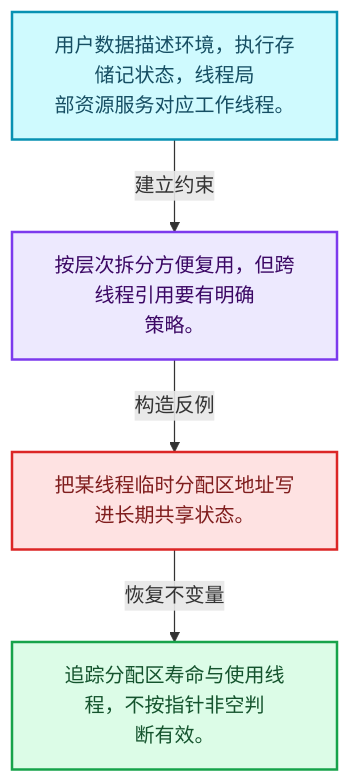
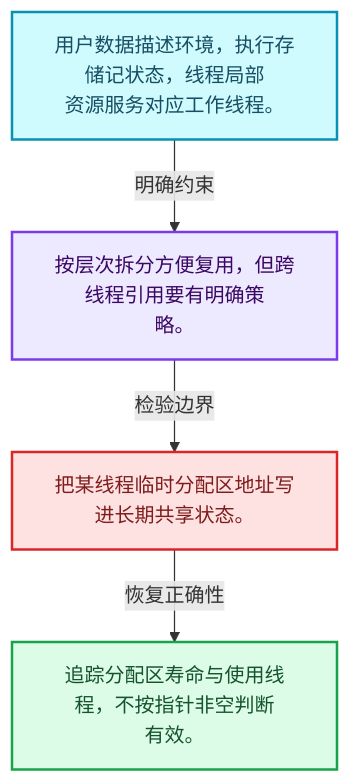
One commit to yunkezengren/blender-.vscode changed the first of 4 diagrams in 杂/markdown/全面学习-codex/09-LazyFunction与节点执行架构/04-Context与执行状态.md. Above: the diagram before and after it, drawn with Mermaid. The commit also changed other lines of this file and 1930 other files, not shown here.

````diff
--- a/杂/markdown/全面学习-codex/09-LazyFunction与节点执行架构/04-Context与执行状态.md
+++ b/杂/markdown/全面学习-codex/09-LazyFunction与节点执行架构/04-Context与执行状态.md
@@ -29,16 +29,16 @@
 ```mermaid
 flowchart TB
-  M["用户数据描述环境，执行存储记状态，线程局<br/>部资源服务对应工作线程。"]:::data
-  T["按层次拆分方便复用，但跨线程引用要有明确<br/>策略。"]:::abstraction
-  X["把某线程临时分配区地址写进长期共享状态。"]:::error
-  A["追踪分配区寿命与使用线程，不按指针非空判<br/>断有效。"]:::result
-  M -->|"建立约束"| T
-  T -->|"构造反例"| X
-  X -->|"恢复不变量"| A
+  M["用户数据描述环境，执行存储记状态，线程局部<br/>资源服务对应工作线程。"]:::data
+  C["按层次拆分方便复用，但跨线程引用要有明确策<br/>略。"]:::abstraction
+  B["把某线程临时分配区地址写进长期共享状态。"]:::error
+  R["追踪分配区寿命与使用线程，不按指针非空判断<br/>有效。"]:::result
+  M -->|"明确约束"| C
+  C -->|"检验边界"| B
+  B -->|"恢复正确性"| R
   classDef input fill:#DBEAFE,stroke:#2563EB,color:#172554,stroke-width:2px;
   classDef data fill:#CFFAFE,stroke:#0891B2,color:#164E63,stroke-width:2px;
   classDef abstraction fill:#EDE9FE,stroke:#7C3AED,color:#3B0764,stroke-width:2px;
   classDef compute fill:#FEF3C7,stroke:#D97706,color:#78350F,stroke-width:2px;
   classDef result fill:#DCFCE7,stroke:#16A34A,color:#14532D,stroke-width:2px;
   classDef error fill:#FEE2E2,stroke:#DC2626,color:#7F1D1D,stroke-width:2px;
 ```
````
